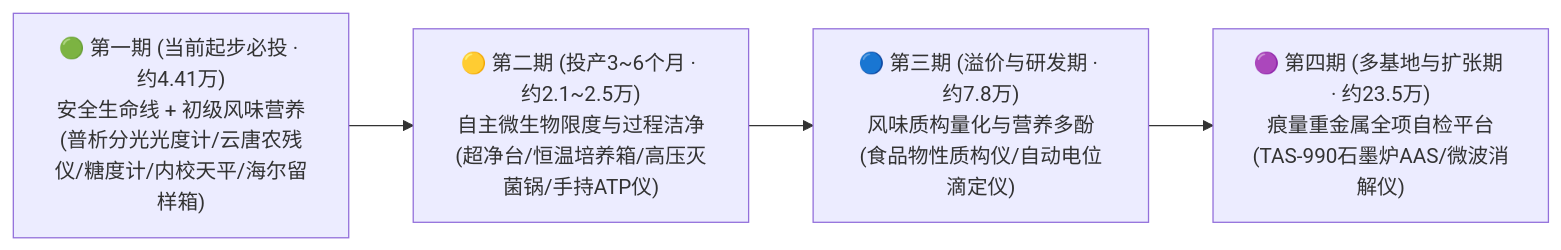
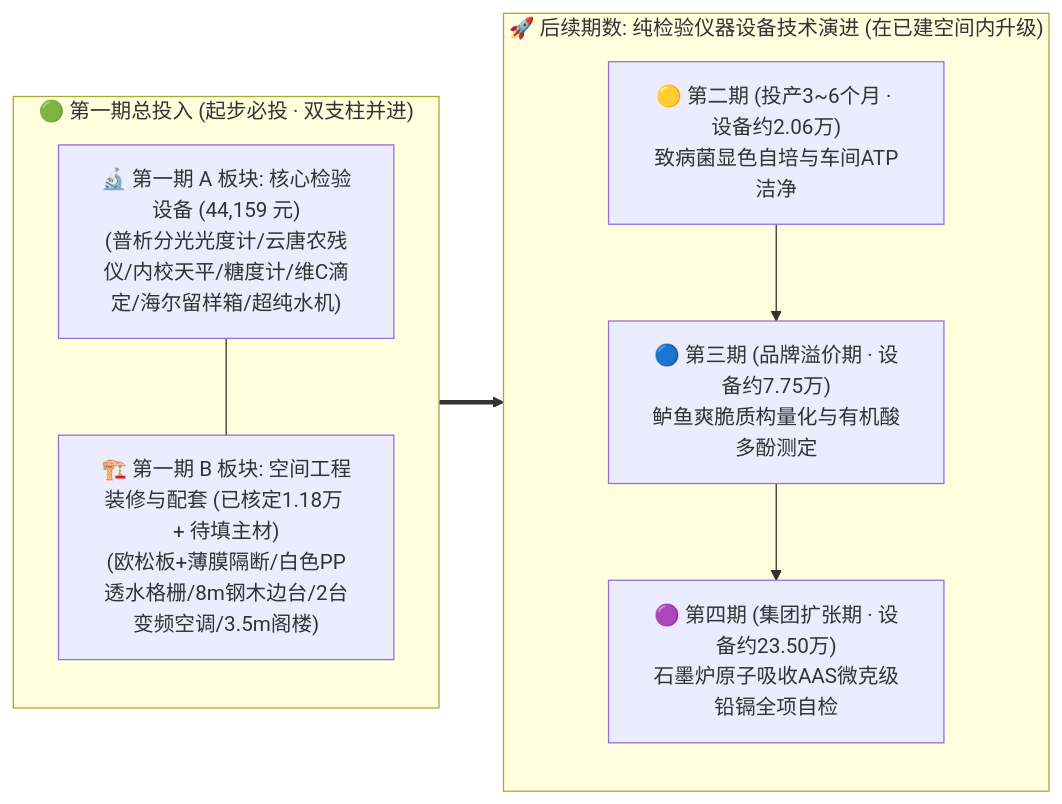
The second of 2 diagrams in docs/04_subsystems/07_quality_assurance_lab/02_驻厂检验室建设预算规划与投资测算表(设备与装修).md (digitalboy/aquaponics), drawn with Mermaid before and after one commit. The commit also changed other lines of this file, not shown here.

````diff
--- a/docs/04_subsystems/07_quality_assurance_lab/02_驻厂检验室建设预算规划与投资测算表(设备与装修).md
+++ b/docs/04_subsystems/07_quality_assurance_lab/02_驻厂检验室建设预算规划与投资测算表(设备与装修).md
@@ -76,7 +79,19 @@
 ```mermaid
 flowchart LR
-    P1["🟢 第一期 (当前起步必投 · 约4.41万)<br>安全生命线 + 初级风味营养<br>(普析分光光度计/云唐农残仪/糖度计/内校天平/海尔留样箱)"] --> 
-    P2["🟡 第二期 (投产3~6个月 · 约2.1~2.5万)<br>自主微生物限度与过程洁净<br>(超净台/恒温培养箱/高压灭菌锅/手持ATP仪)"] --> 
-    P3["🔵 第三期 (溢价与研发期 · 约7.8万)<br>风味质构量化与营养多酚<br>(食品物性质构仪/自动电位滴定仪)"] --> 
-    P4["🟣 第四期 (多基地与扩张期 · 约23.5万)<br>痕量重金属全项自检平台<br>(TAS-990石墨炉AAS/微波消解仪)"]
+    subgraph Phase1_Total ["🟢 第一期总投入 (起步必投 · 双支柱并进)"]
+        direction TB
+        P1_A["🔬 第一期 A 板块: 核心检验设备 (44,159 元)<br>(普析分光光度计/云唐农残仪/内校天平/糖度计/维C滴定/海尔留样箱/超纯水机)"]
+        P1_B["🏗️ 第一期 B 板块: 空间工程装修与配套 (已核定1.18万 + 待填主材)<br>(欧松板+薄膜隔断/白色PP透水格栅/8m钢木边台/2台变频空调/3.5m阁楼)"]
+        P1_A --- P1_B
+    end
+
+    subgraph Future_Phases ["🚀 后续期数: 纯检验仪器设备技术演进 (在已建空间内升级)"]
+        direction TB
+        P2["🟡 第二期 (投产3~6个月 · 设备约2.06万)<br>致病菌显色自培与车间ATP洁净"]
+        P3["🔵 第三期 (品牌溢价期 · 设备约7.75万)<br>鲈鱼爽脆质构量化与有机酸多酚测定"]
+        P4["🟣 第四期 (集团扩张期 · 设备约23.50万)<br>石墨炉原子吸收AAS微克级铅镉全项自检"]
+        P2 --> P3 --> P4
+    end
+
+    Phase1_Total ==> Future_Phases
 ```
````
